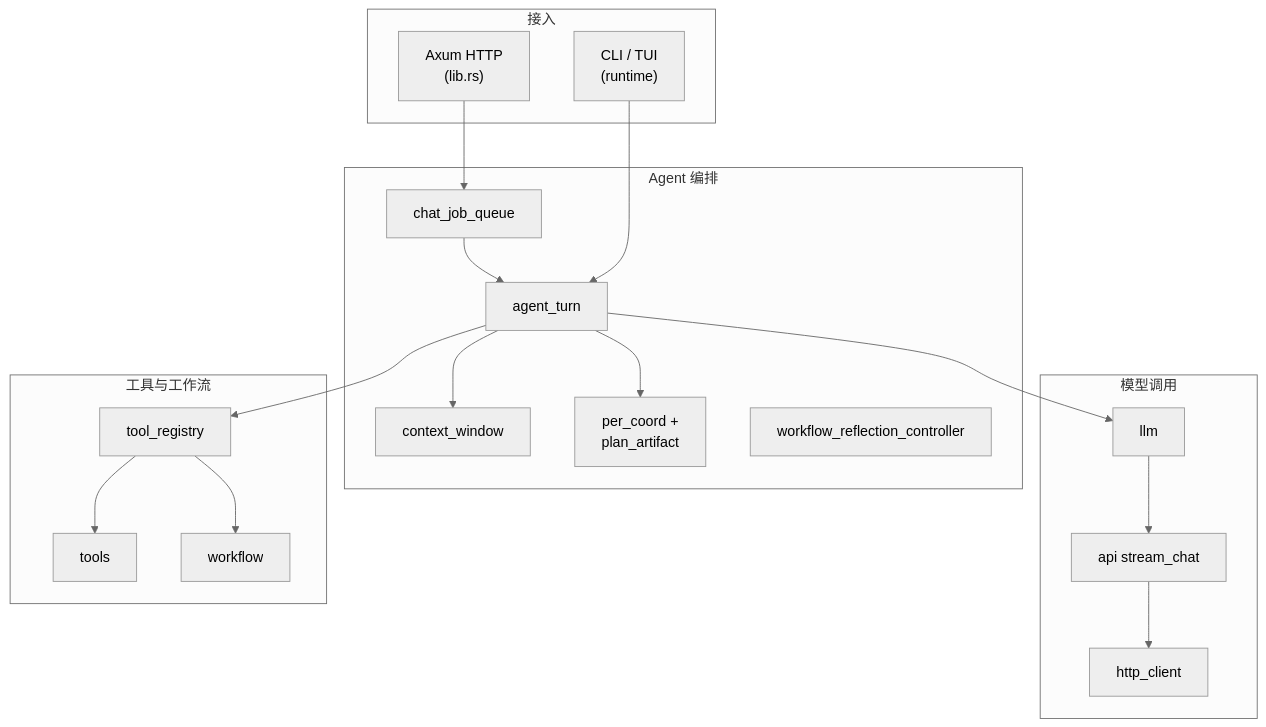
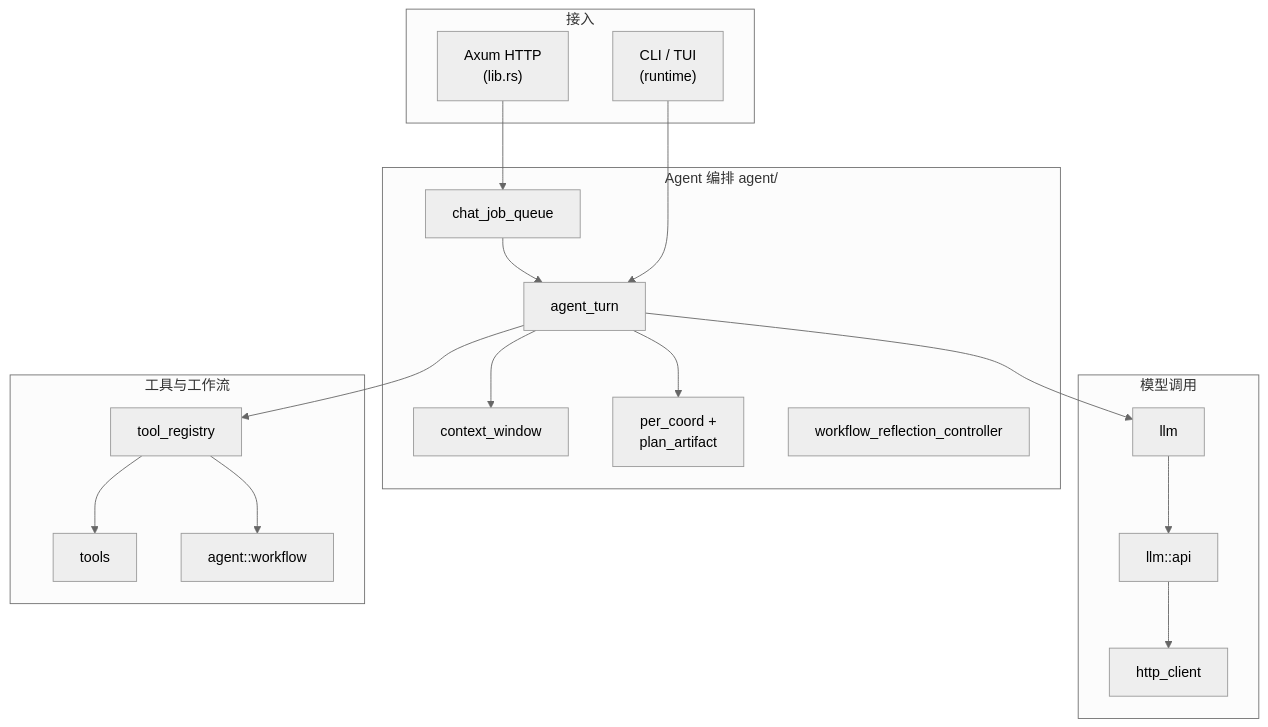
Before and after one commit to noisystreet/CrabMate: the first of 2 diagrams in docs/DEVELOPMENT.md, drawn with Mermaid (neutral theme). The commit also changed other lines of this file and 34 other files, not shown here.

First line of the commit message:
refactor(src): 收拢 agent/sse 并将 llm api 与 web 模块对齐目录

````diff
--- a/docs/DEVELOPMENT.md
+++ b/docs/DEVELOPMENT.md
@@ -34,35 +34,35 @@
 ```mermaid
 flowchart TB
   subgraph entry [接入]
     WEB["Axum HTTP\n(lib.rs)"]
     CLI["CLI / TUI\n(runtime)"]
   end
-  subgraph agent [Agent 编排]
+  subgraph agent [Agent 编排 agent/]
     Q[chat_job_queue]
     AT[agent_turn]
     CW[context_window]
     PC["per_coord +\nplan_artifact"]
     WRC[workflow_reflection_controller]
   end
   subgraph model [模型调用]
     HC[http_client]
     LLM[llm]
-    API[api stream_chat]
+    API[llm::api]
   end
   subgraph exec [工具与工作流]
     TR[tool_registry]
     TS[tools]
-    WF[workflow]
+    WF[agent::workflow]
   end
   WEB --> Q
   Q --> AT
   CLI --> AT
   AT --> CW
   AT --> PC
   AT --> LLM
   LLM --> API
   API --> HC
   AT --> TR
   TR --> TS
   TR --> WF
 ```
````
